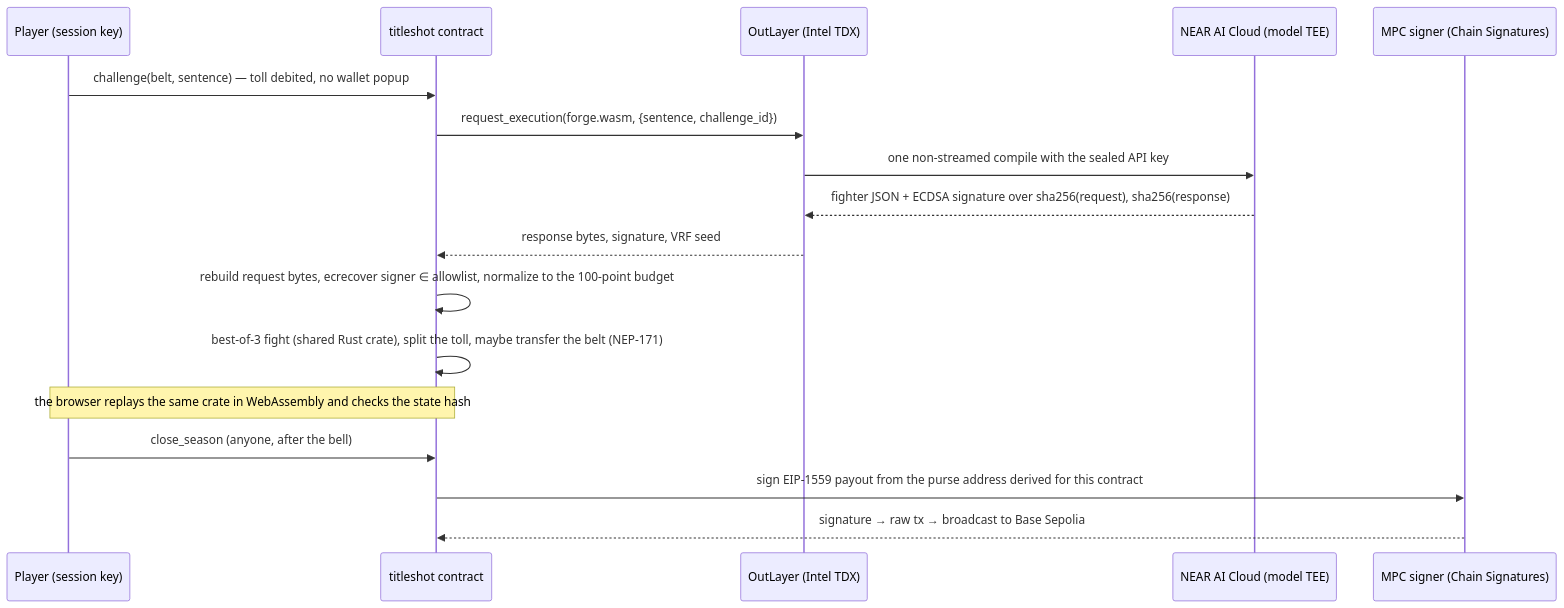
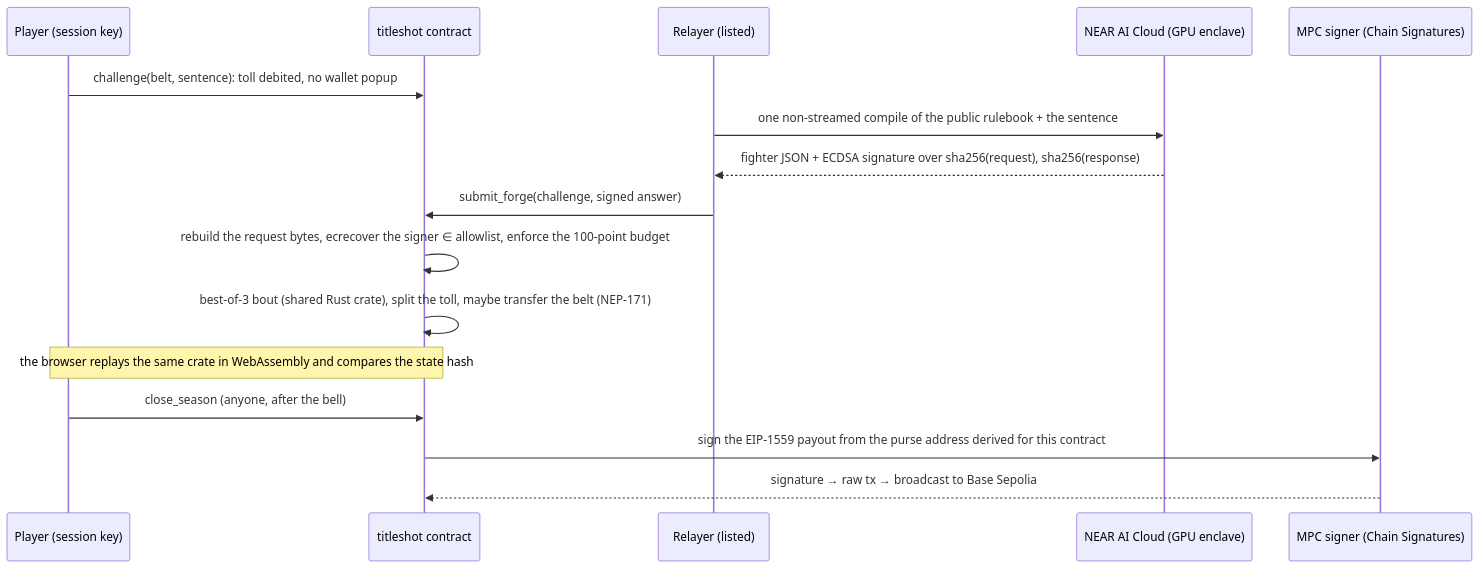
Before and after one commit to joshvajeskins/title-shot: the diagram in README.md, drawn with Mermaid. The commit also changed other lines of this file, not shown here.

````diff
--- a/README.md
+++ b/README.md
@@ -19,19 +30,18 @@
 ```mermaid
 sequenceDiagram
   participant P as Player (session key)
   participant C as titleshot contract
-  participant O as OutLayer (Intel TDX)
-  participant A as NEAR AI Cloud (model TEE)
+  participant R as Relayer (listed)
+  participant A as NEAR AI Cloud (GPU enclave)
   participant M as MPC signer (Chain Signatures)
-  P->>C: challenge(belt, sentence) — toll debited, no wallet popup
-  C->>O: request_execution(forge.wasm, {sentence, challenge_id})
-  O->>A: one non-streamed compile with the sealed API key
-  A-->>O: fighter JSON + ECDSA signature over sha256(request), sha256(response)
-  O-->>C: response bytes, signature, VRF seed
-  C->>C: rebuild request bytes, ecrecover signer ∈ allowlist, normalize to the 100-point budget
-  C->>C: best-of-3 fight (shared Rust crate), split the toll, maybe transfer the belt (NEP-171)
-  Note over P,C: the browser replays the same crate in WebAssembly and checks the state hash
+  P->>C: challenge(belt, sentence): toll debited, no wallet popup
+  R->>A: one non-streamed compile of the public rulebook + the sentence
+  A-->>R: fighter JSON + ECDSA signature over sha256(request), sha256(response)
+  R->>C: submit_forge(challenge, signed answer)
+  C->>C: rebuild the request bytes, ecrecover the signer ∈ allowlist, enforce the 100-point budget
+  C->>C: best-of-3 bout (shared Rust crate), split the toll, maybe transfer the belt (NEP-171)
+  Note over P,C: the browser replays the same crate in WebAssembly and compares the state hash
   P->>C: close_season (anyone, after the bell)
-  C->>M: sign EIP-1559 payout from the purse address derived for this contract
+  C->>M: sign the EIP-1559 payout from the purse address derived for this contract
   M-->>C: signature → raw tx → broadcast to Base Sepolia
 ```
````
